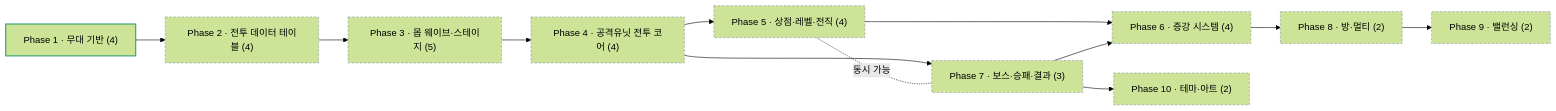
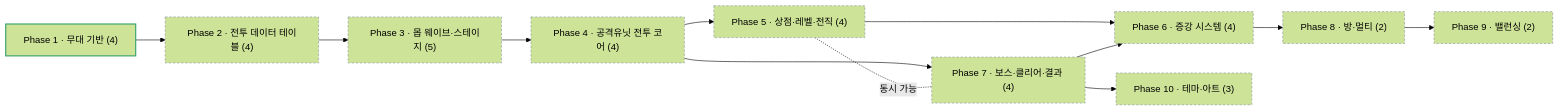
Before and after one commit to HaSungJe/msw: the diagram in .beaver/output/roadmap/maple-augment-defense-roadmap.md, drawn with Mermaid (forest theme). The commit also changed other lines of this file and 2 other files, not shown here.

````diff
--- a/.beaver/output/roadmap/maple-augment-defense-roadmap.md
+++ b/.beaver/output/roadmap/maple-augment-defense-roadmap.md
@@ -20,16 +21,16 @@
 ```mermaid
 flowchart LR
   P1["Phase 1 · 무대 기반 (4)"]:::done --> P2["Phase 2 · 전투 데이터 테이블 (4)"]:::todo
   P2 --> P3["Phase 3 · 몹 웨이브·스테이지 (5)"]:::todo
   P3 --> P4["Phase 4 · 공격유닛 전투 코어 (4)"]:::todo
   P4 --> P5["Phase 5 · 상점·레벨·전직 (4)"]:::todo
-  P4 --> P7["Phase 7 · 보스·승패·결과 (3)"]:::todo
+  P4 --> P7["Phase 7 · 보스·클리어·결과 (4)"]:::todo
   P5 -. 동시 가능 .- P7
   P5 --> P6["Phase 6 · 증강 시스템 (4)"]:::todo
   P7 --> P6
   P6 --> P8["Phase 8 · 방·멀티 (2)"]:::todo
-  P7 --> P10["Phase 10 · 테마·아트 (2)"]:::todo
+  P7 --> P10["Phase 10 · 테마·아트 (3)"]:::todo
   P8 --> P9["Phase 9 · 밸런싱 (2)"]:::todo
   classDef done stroke:#3fa46f,stroke-width:2px
   classDef todo stroke:#8a949c,stroke-width:1px,stroke-dasharray:4 3
 ```
````
